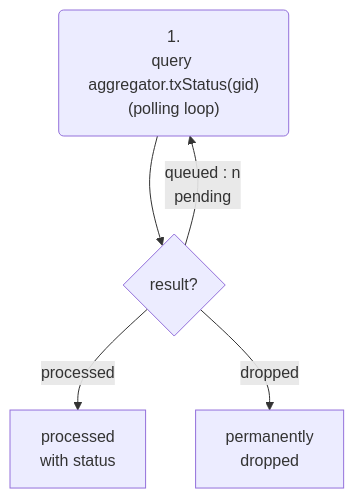
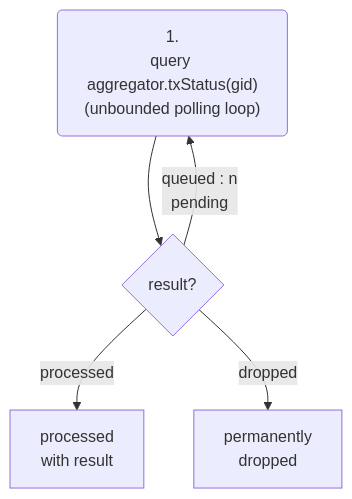
Before and after one commit to research-ag/hpl-io: the third of 6 diagrams in README.md, drawn with Mermaid. The commit also changed other lines of this file, not shown here.

Commit message:
Update README: split up client flow diagram in 3 protocols

````diff
--- a/README.md
+++ b/README.md
@@ -239,10 +239,10 @@
 ```mermaid
 flowchart TD
-    A("1.<br>query aggregator.txStatus(gid)<br>(polling loop)")
+    A("1.<br>query aggregator.txStatus(gid)<br>(unbounded polling loop)")
 
-    %% Aggregator %%
+    %% Aggregator unbounded loop %%
     A --> R{result?}
     R -->|queued : n<br>pending| A 
-    R -->|processed| PF[processed<br>with status]
-    R -->|dropped| D4["permanently<br>dropped"]
+    R -->|processed| PF[processed<br>with result]
+    R -->|dropped| D["permanently<br>dropped"]
 ```
````
